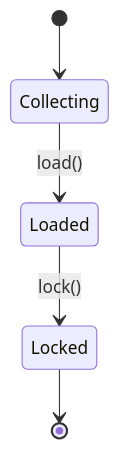
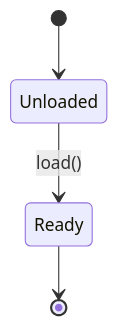
The first of 6 diagrams in docs/architecture.md (YasserElgammal/green-core), drawn with Mermaid before and after one commit. The commit also changed other lines of this file and 11 other files, not shown here.

````diff
--- a/docs/architecture.md
+++ b/docs/architecture.md
@@ -221,7 +220,6 @@
 ```mermaid
 stateDiagram-v2
-    [*] --> Collecting
-    Collecting --> Loaded: load()
-    Loaded --> Locked: lock()
-    Locked --> [*]
+    [*] --> Unloaded
+    Unloaded --> Ready: load()
+    Ready --> [*]
 ```
````
